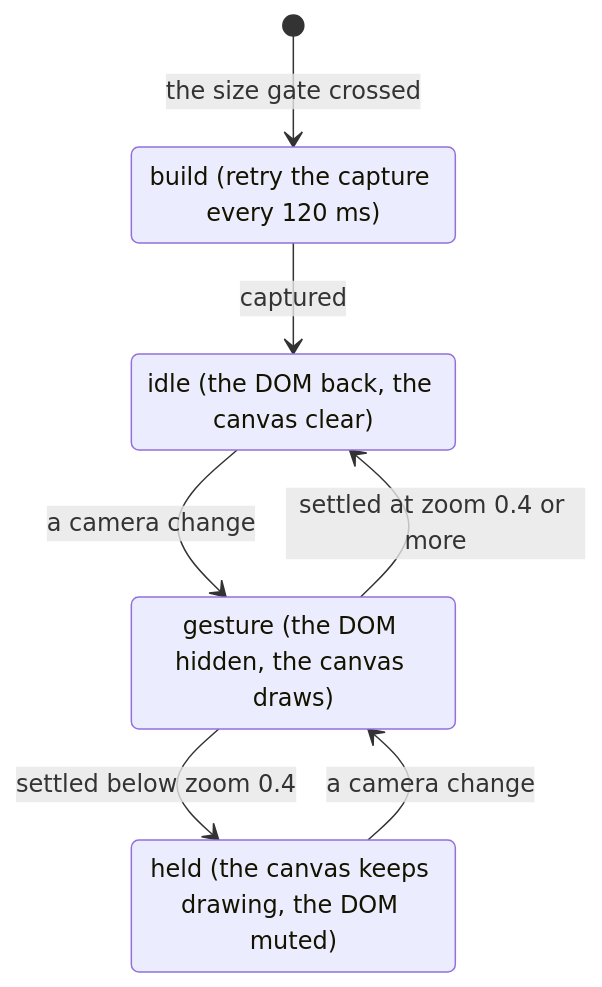
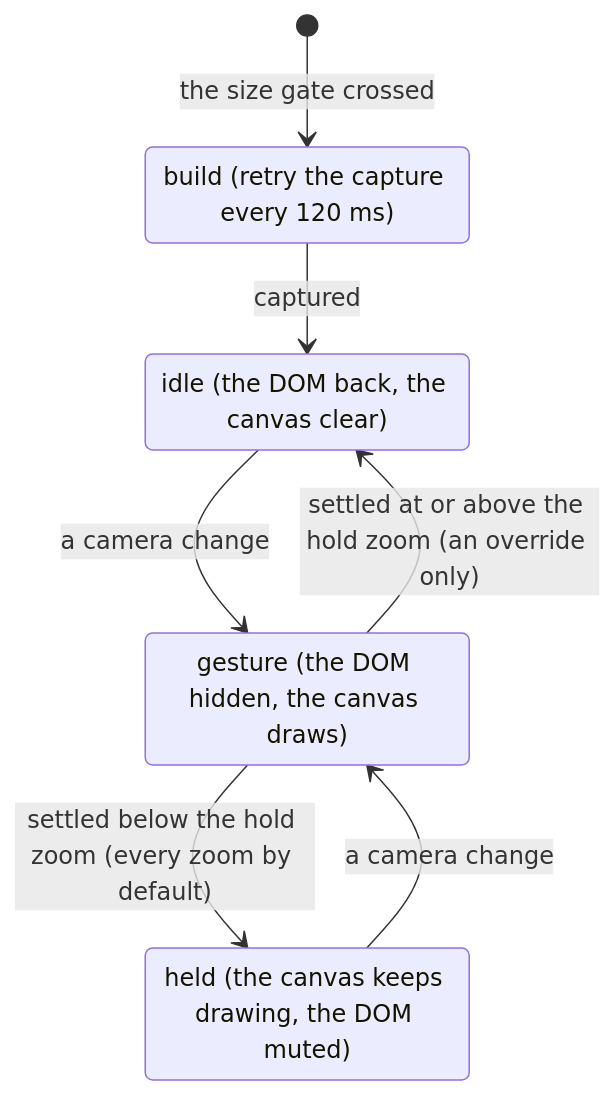
One commit to bubba8587/solenoid changed the diagram in tree/specs/canvas/html-in-canvas.md. Above: the diagram before and after it, drawn with Mermaid. The commit also changed other lines of this file and 1 other file, not shown here.

Commit message:
Hold the HTML-in-Canvas layer at every zoom
Going back to the DOM after each gesture repainted every card on screen,
which zoomed in on a phone cost more than the canvas saved.
__hcHoldZoom = 0.4 restores the old line.

Claude-Session: https://claude.ai/code/session_01BJp3bWDFFG4WWFL3GDPyvh

````diff
--- a/tree/specs/canvas/html-in-canvas.md
+++ b/tree/specs/canvas/html-in-canvas.md
@@ -46,14 +46,14 @@
 ```mermaid
 stateDiagram-v2
     direction TB
     Build: build (retry the capture every 120 ms)
     Gesture: gesture (the DOM hidden, the canvas draws)
     Held: held (the canvas keeps drawing, the DOM muted)
     Idle: idle (the DOM back, the canvas clear)
     [*] --> Build: the size gate crossed
     Build --> Idle: captured
     Idle --> Gesture: a camera change
     Held --> Gesture: a camera change
-    Gesture --> Idle: settled at zoom 0.4 or more
-    Gesture --> Held: settled below zoom 0.4
+    Gesture --> Idle: settled at or above the hold zoom (an override only)
+    Gesture --> Held: settled below the hold zoom (every zoom by default)
 ```
````
